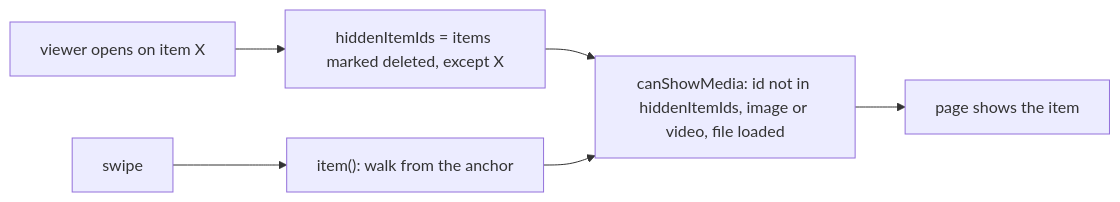
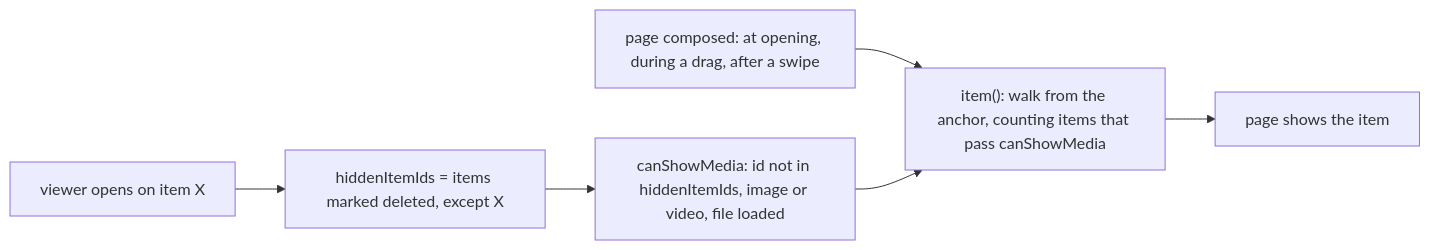
One commit to simplex-chat/simplex-chat changed the diagram in plans/2026-11-08-gallery-skip-deleted-media.md. Above: the diagram before and after it, drawn with Mermaid. The commit also changed other lines of this file, not shown here.

Commit message:
docs: gallery plan scope and diagram

````diff
--- a/plans/2026-11-08-gallery-skip-deleted-media.md
+++ b/plans/2026-11-08-gallery-skip-deleted-media.md
@@ -19,8 +19,8 @@
 ```mermaid
 flowchart LR
   Open[viewer opens on item X] --> Hidden[hiddenItemIds = items marked deleted, except X]
-  Swipe[swipe] --> Item["item(): walk from the anchor"]
+  Page[page composed: at opening, during a drag, after a swipe] --> Item["item(): walk from the anchor, counting items that pass canShowMedia"]
   Hidden --> Filter[canShowMedia: id not in hiddenItemIds, image or video, file loaded]
-  Item --> Filter
-  Filter --> Page[page shows the item]
+  Filter --> Item
+  Item --> Media[page shows the item]
 ```
````
